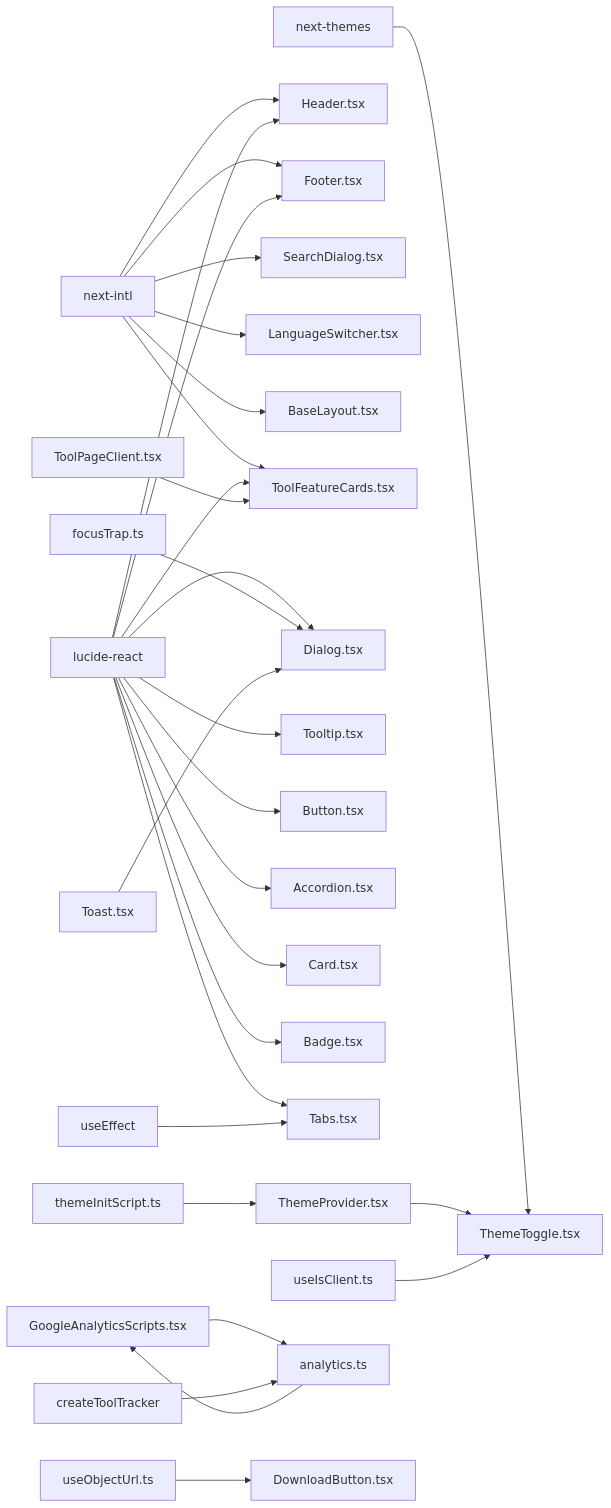
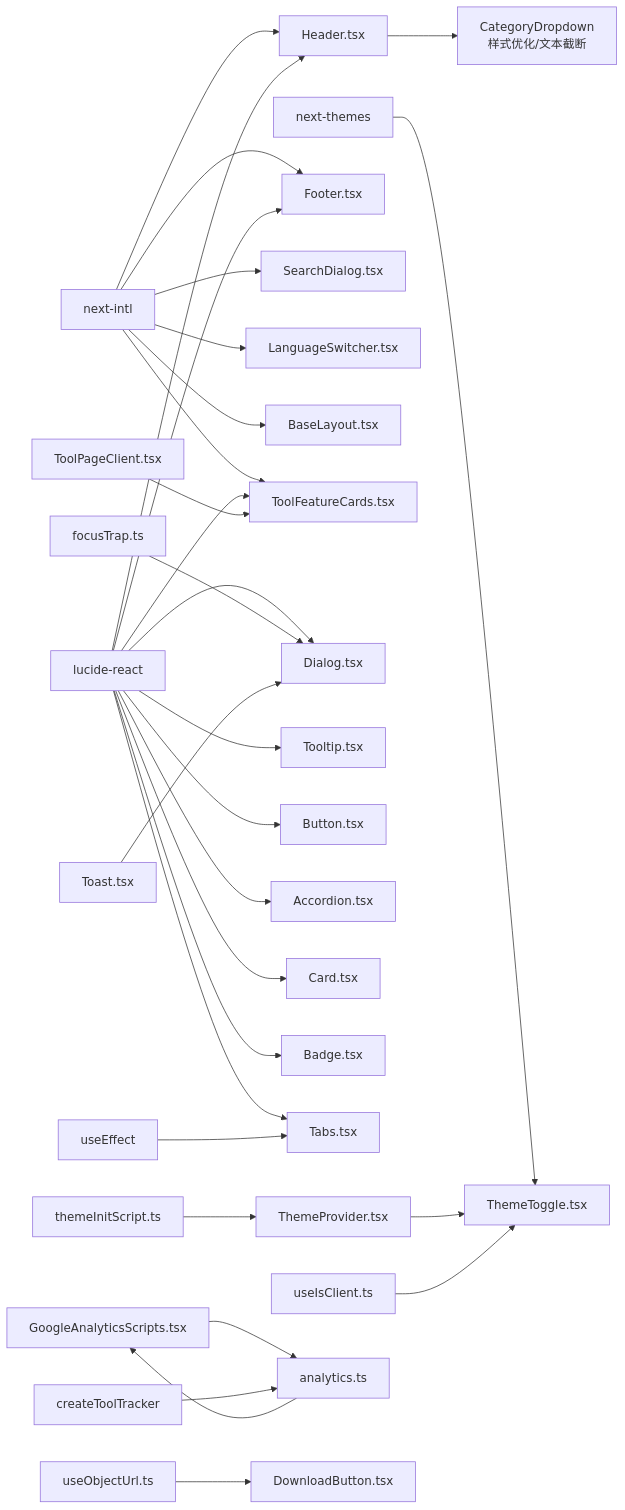
Diagram 12 of 12 in .qoder/repowiki/zh/content/UI组件系统/UI组件系统.md (sgyy/privadeck), drawn with Mermaid before and after one commit. The commit also changed other lines of this file and 1 other file, not shown here.

````diff
--- a/.qoder/repowiki/zh/content/UI组件系统/UI组件系统.md
+++ b/.qoder/repowiki/zh/content/UI组件系统/UI组件系统.md
@@ -1064,31 +1100,32 @@
 ```mermaid
 graph LR
 NTP["next-themes"] --> TMT["ThemeToggle.tsx"]
 NTL["next-intl"] --> HDR["Header.tsx"]
 NTL --> FTR["Footer.tsx"]
 NTL --> SDI["SearchDialog.tsx"]
 NTL --> LSW["LanguageSwitcher.tsx"]
 NTL --> BL["BaseLayout.tsx"]
 NTL --> TFC["ToolFeatureCards.tsx"]
 LCR["lucide-react"] --> HDR
 LCR --> FTR
 LCR --> DLG["Dialog.tsx"]
 LCR --> TTP["Tooltip.tsx"]
 LCR --> BTN["Button.tsx"]
 LCR --> ACC["Accordion.tsx"]
 LCR --> CAR["Card.tsx"]
 LCR --> BAD["Badge.tsx"]
 LCR --> TAB["Tabs.tsx"]
 LCR --> TFC
 FT["focusTrap.ts"] --> DLG
 TST["Toast.tsx"] --> DLG
 TPR["ThemeProvider.tsx"] --> TMT
 TIS["themeInitScript.ts"] --> TPR
 UIC["useIsClient.ts"] --> TMT
 GAS["GoogleAnalyticsScripts.tsx"] --> ANL["analytics.ts"]
 UOU["useObjectUrl.ts"] --> DNB["DownloadButton.tsx"]
 TPC["ToolPageClient.tsx"] --> TFC
 UE["useEffect"] --> TAB
 ANL["analytics.ts"] --> GAS
 CTF["createToolTracker"] --> ANL
+HDR --> CD["CategoryDropdown<br/>样式优化/文本截断"]
 ```
````
